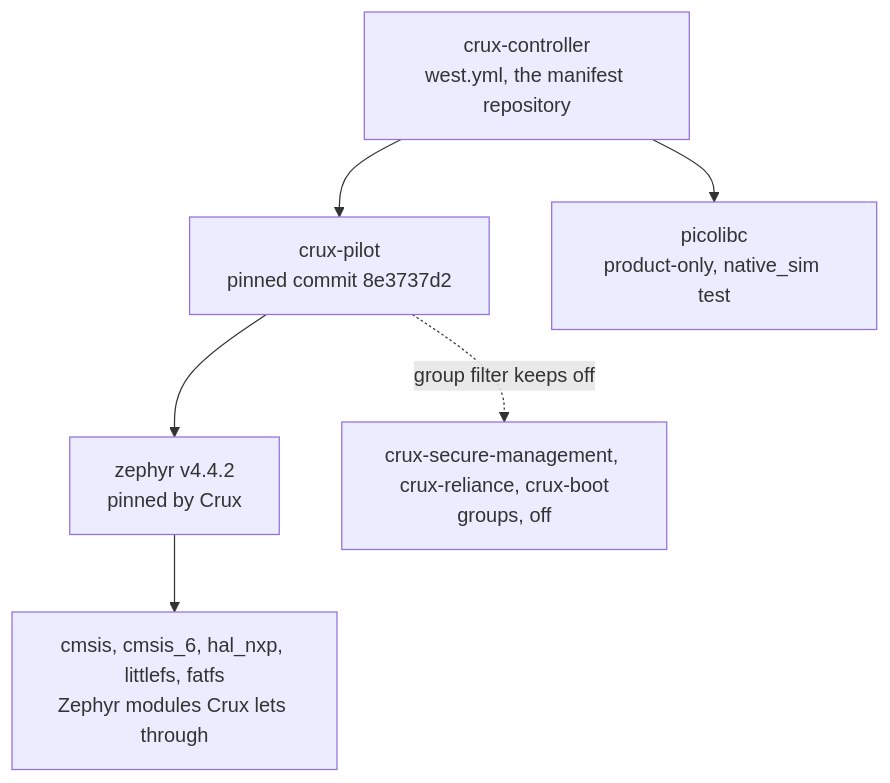
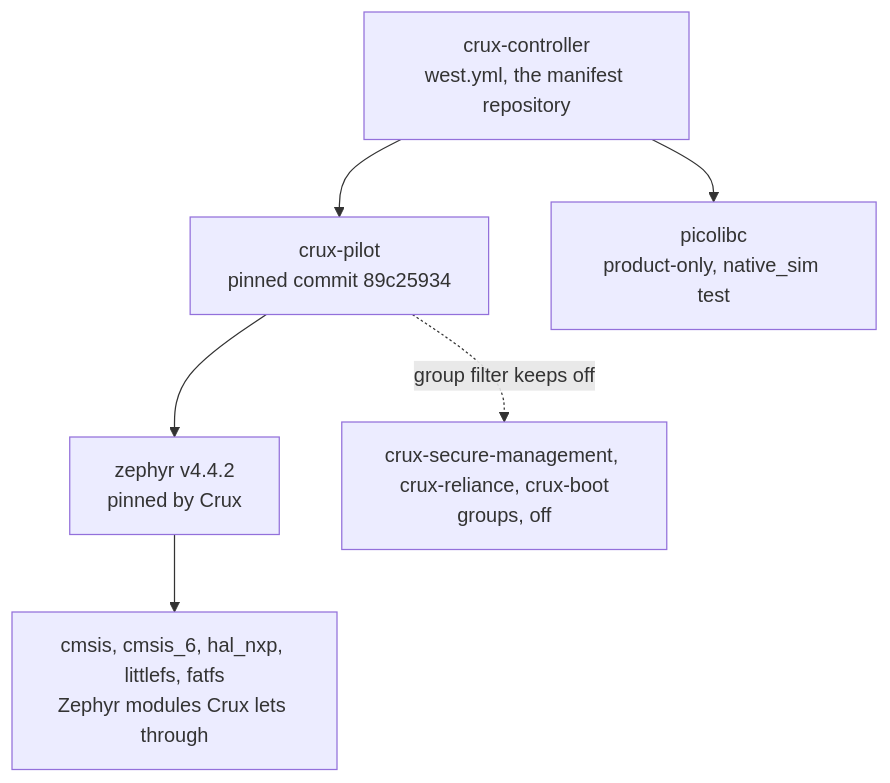
One commit to wonny-labs/crux-controller changed the diagram in docs/dependencies.md. Above: the diagram before and after it, drawn with Mermaid. The commit also changed other lines of this file and 10 other files, not shown here.

First line of the commit message:
build(west): move the crux-pilot pin to 89c25934

````diff
--- a/docs/dependencies.md
+++ b/docs/dependencies.md
@@ -16,14 +16,14 @@
 ```mermaid
 flowchart TD
     CC["crux-controller<br/>west.yml, the manifest repository"]
-    CP["crux-pilot<br/>pinned commit 8e3737d2"]
+    CP["crux-pilot<br/>pinned commit 89c25934"]
     ZP["zephyr v4.4.2<br/>pinned by Crux"]
     MOD["cmsis, cmsis_6, hal_nxp, littlefs, fatfs<br/>Zephyr modules Crux lets through"]
     PL["picolibc<br/>product-only, native_sim test"]
     OFF["crux-secure-management, crux-reliance, crux-boot<br/>groups, off"]
     CC --> CP
     CC --> PL
     CP --> ZP
     ZP --> MOD
     CP -. "group filter keeps off" .-> OFF
 ```
````
